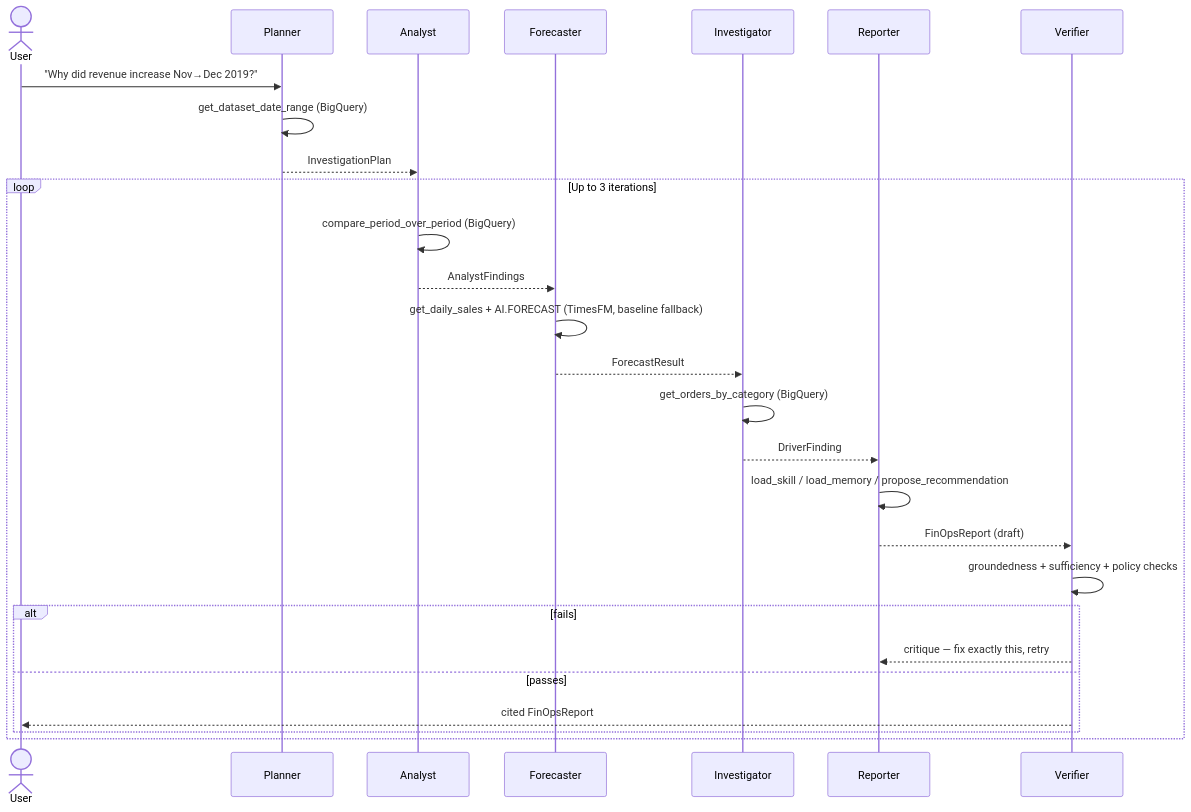
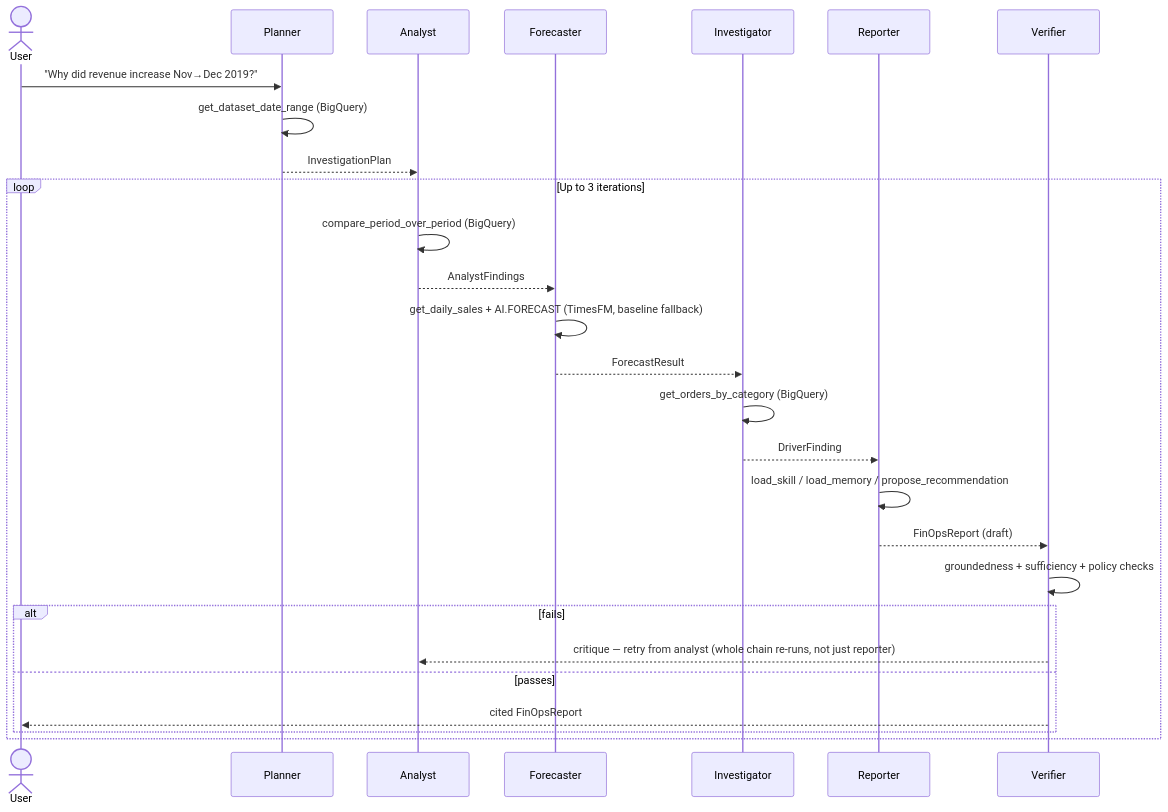
Before and after one commit to Aadarsh-Praveen/FinSight: the diagram in README.md, drawn with Mermaid.

Commit message:
fix: sequence diagram showed retry going to reporter, not analyst
Real bug in my own original diagram, caught while reviewing a regenerated
image against it. orchestrator.py's own docstring is unambiguous: "on fail,
the loop retries analyst -> forecaster -> investigator -> reporter" -- the
whole chain re-runs each iteration, not just the reporter. The old diagram
showed V-->>R: critique, implying only the reporter gets a second attempt
while analyst/forecast/investigation data from the failed attempt is
reused. That's wrong, and not a cosmetic detail: it's the actual mechanism
behind FINDINGS.md finding 2 (analyst-level corruption isn't fixed by
retries because analyst genuinely re-runs from scratch, not because
reporter fails to use otherwise-correct upstream state).

Architecture.png (already swapped in) already had this right (fail:
critique -> Analyst). This brings the sequence diagram in line with it and
with the code.

````diff
--- a/README.md
+++ b/README.md
@@ -85,31 +85,31 @@
 ```mermaid
 sequenceDiagram
     actor U as User
     participant P as Planner
     participant A as Analyst
     participant Fc as Forecaster
     participant I as Investigator
     participant R as Reporter
     participant V as Verifier
 
     U->>P: "Why did revenue increase Nov→Dec 2019?"
     P->>P: get_dataset_date_range (BigQuery)
     P-->>A: InvestigationPlan
 
     loop Up to 3 iterations
         A->>A: compare_period_over_period (BigQuery)
         A-->>Fc: AnalystFindings
         Fc->>Fc: get_daily_sales + AI.FORECAST (TimesFM, baseline fallback)
         Fc-->>I: ForecastResult
         I->>I: get_orders_by_category (BigQuery)
         I-->>R: DriverFinding
         R->>R: load_skill / load_memory / propose_recommendation
         R-->>V: FinOpsReport (draft)
         V->>V: groundedness + sufficiency + policy checks
         alt fails
-            V-->>R: critique — fix exactly this, retry
+            V-->>A: critique — retry from analyst (whole chain re-runs, not just reporter)
         else passes
             V-->>U: cited FinOpsReport
         end
     end
 ```
````
